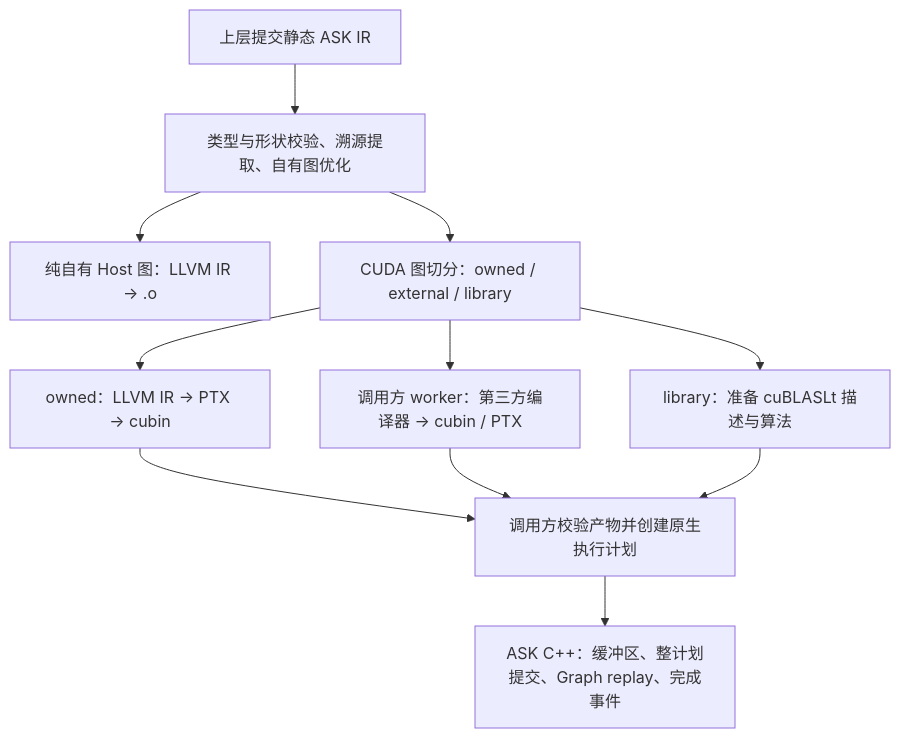
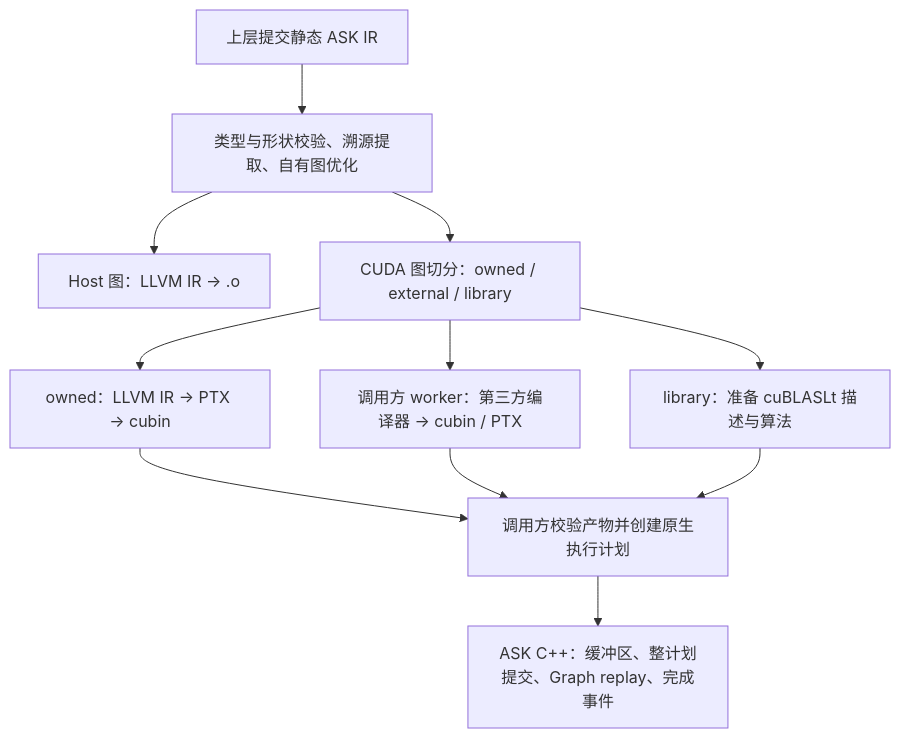
The diagram in docs/核心思想.md (fugatensor/ask), drawn with Mermaid before and after one commit. The commit also changed other lines of this file and 2 other files, not shown here.

Commit message:
Synchronize compiler overviews with native Host BLAS integration

````diff
--- a/docs/核心思想.md
+++ b/docs/核心思想.md
@@ -73,13 +73,13 @@
 ```mermaid
 flowchart TD
     F["上层提交静态 ASK IR"] --> P["类型与形状校验、溯源提取、自有图优化"]
-    P --> H["纯自有 Host 图：LLVM IR → .o"]
+    P --> H["Host 图：LLVM IR → .o"]
     P --> S["CUDA 图切分：owned / external / library"]
     S --> G["owned：LLVM IR → PTX → cubin"]
     S --> L["library：准备 cuBLASLt 描述与算法"]
     S --> W["调用方 worker：第三方编译器 → cubin / PTX"]
     G --> E["调用方校验产物并创建原生执行计划"]
     W --> E
     L --> E
     E --> R["ASK C++：缓冲区、整计划提交、Graph replay、完成事件"]
 ```
````
